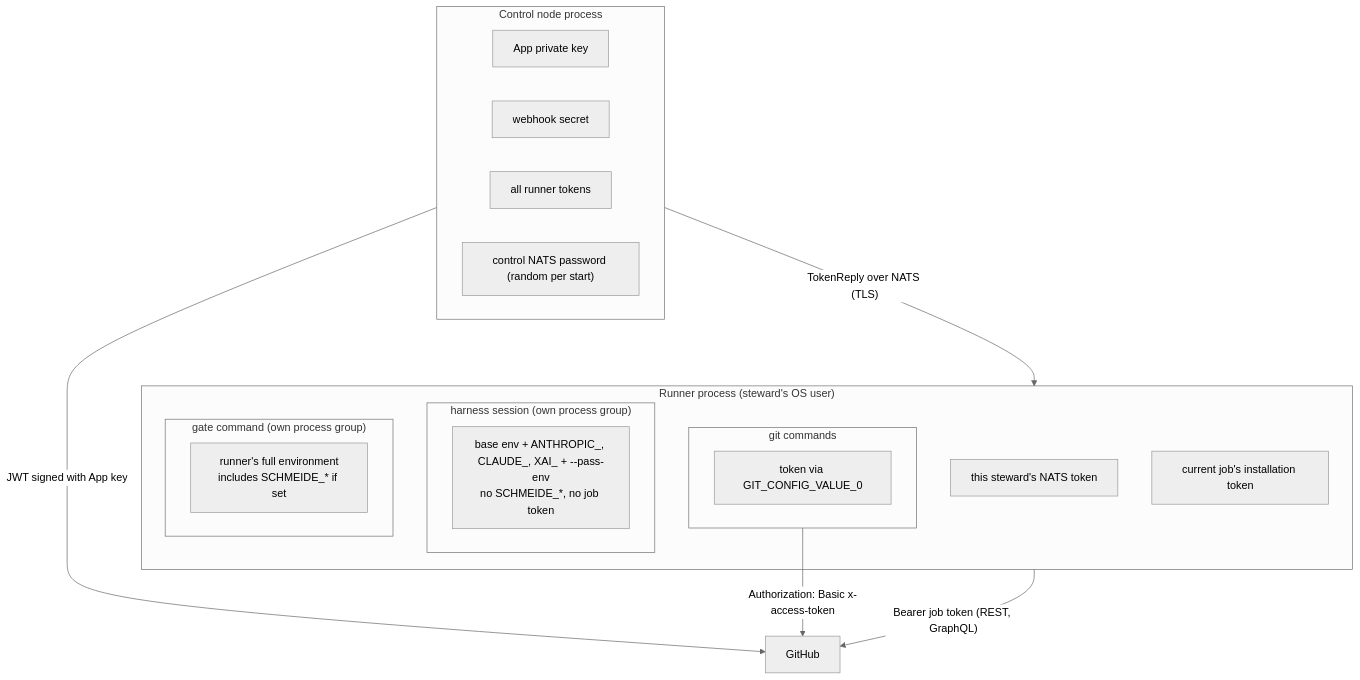
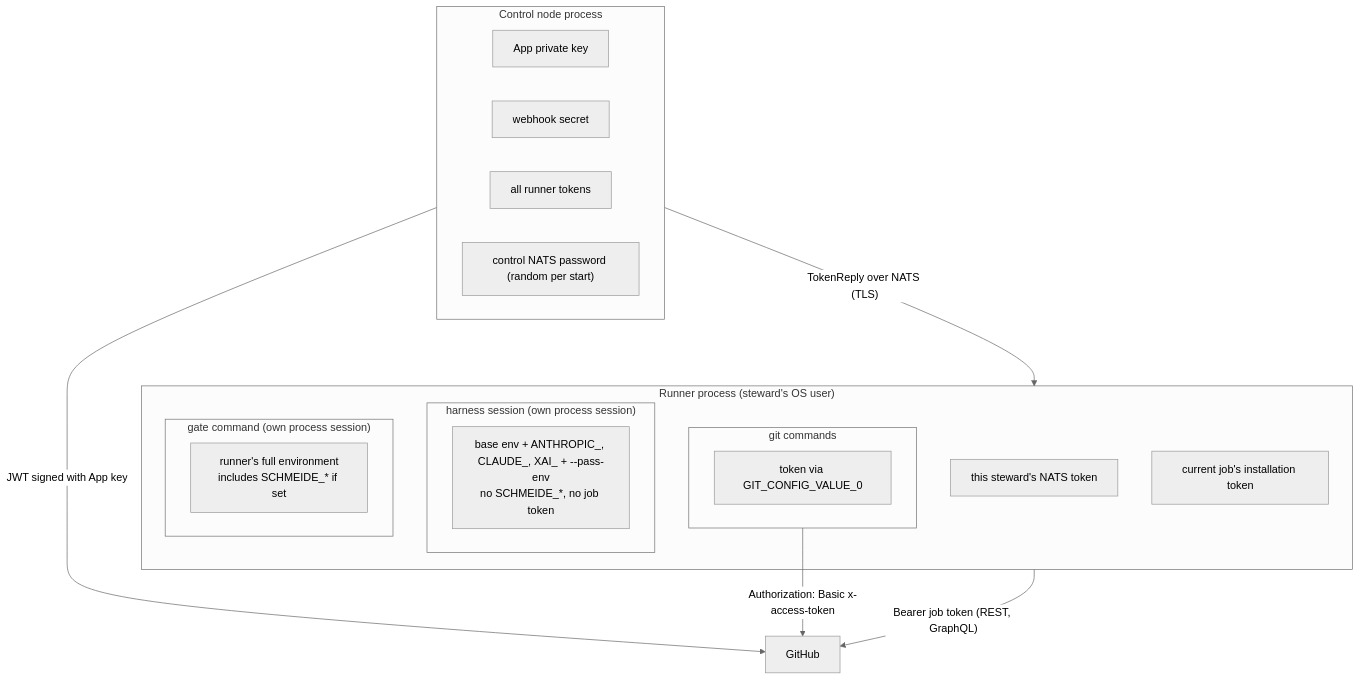
The diagram in docs/architecture/credentials.md (autobutler-org/schmeide), drawn with Mermaid (neutral theme) before and after one commit. The commit also changed 9 other files, not shown here.

First line of the commit message:
start harness sessions and gates in their own session (#242)

````diff
--- a/docs/architecture/credentials.md
+++ b/docs/architecture/credentials.md
@@ -8,27 +8,27 @@
 ```mermaid
 flowchart TB
     subgraph ctl["Control node process"]
         key["App private key"]
         wsec["webhook secret"]
         rtok["all runner tokens"]
         cpw["control NATS password (random per start)"]
     end
     subgraph runner["Runner process (steward's OS user)"]
         ntok["this steward's NATS token"]
         jtok["current job's installation token"]
         subgraph git["git commands"]
             gtok["token via GIT_CONFIG_VALUE_0"]
         end
-        subgraph sess["harness session (own process group)"]
+        subgraph sess["harness session (own process session)"]
             senv["base env + ANTHROPIC_, CLAUDE_, XAI_ + --pass-env<br/>no SCHMEIDE_*, no job token"]
         end
-        subgraph gate["gate command (own process group)"]
+        subgraph gate["gate command (own process session)"]
             genv["runner's full environment<br/>includes SCHMEIDE_* if set"]
         end
     end
     gh["GitHub"]
     ctl -- "JWT signed with App key" --> gh
     ctl -- "TokenReply over NATS (TLS)" --> runner
     git -- "Authorization: Basic x-access-token" --> gh
     runner -- "Bearer job token (REST, GraphQL)" --> gh
 ```
````
